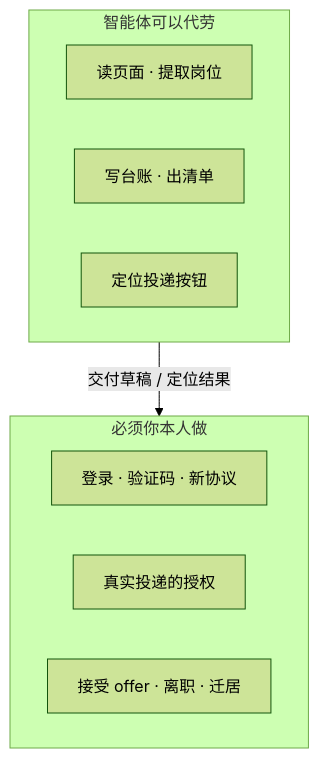
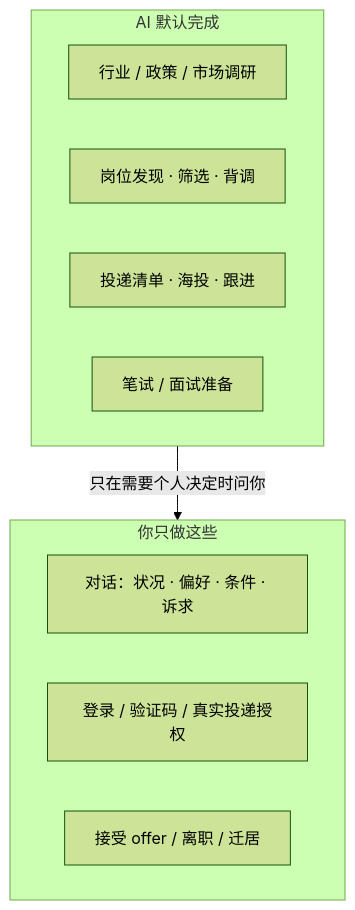
The third of 3 diagrams in README.md (yujinandyanhaoyang/offerloop), drawn with Mermaid (forest theme) before and after one commit. The commit also changed other lines of this file, not shown here.

````diff
--- a/README.md
+++ b/README.md
@@ -162,14 +170,15 @@
 ```mermaid
 flowchart TB
-    subgraph AI["智能体可以代劳"]
-        A1["读页面 · 提取岗位"]
-        A2["写台账 · 出清单"]
-        A3["定位投递按钮"]
+    subgraph AI["AI 默认完成"]
+        A1["行业 / 政策 / 市场调研"]
+        A2["岗位发现 · 筛选 · 背调"]
+        A3["投递清单 · 海投 · 跟进"]
+        A4["笔试 / 面试准备"]
     end
-    subgraph YOU["必须你本人做"]
-        Y1["登录 · 验证码 · 新协议"]
-        Y2["真实投递的授权"]
-        Y3["接受 offer · 离职 · 迁居"]
+    subgraph YOU["你只做这些"]
+        Y1["对话：状况 · 偏好 · 条件 · 诉求"]
+        Y2["登录 / 验证码 / 真实投递授权"]
+        Y3["接受 offer / 离职 / 迁居"]
     end
-    AI -->|"交付草稿 / 定位结果"| YOU
+    AI -->|"只在需要个人决定时问你"| YOU
 ```
````
